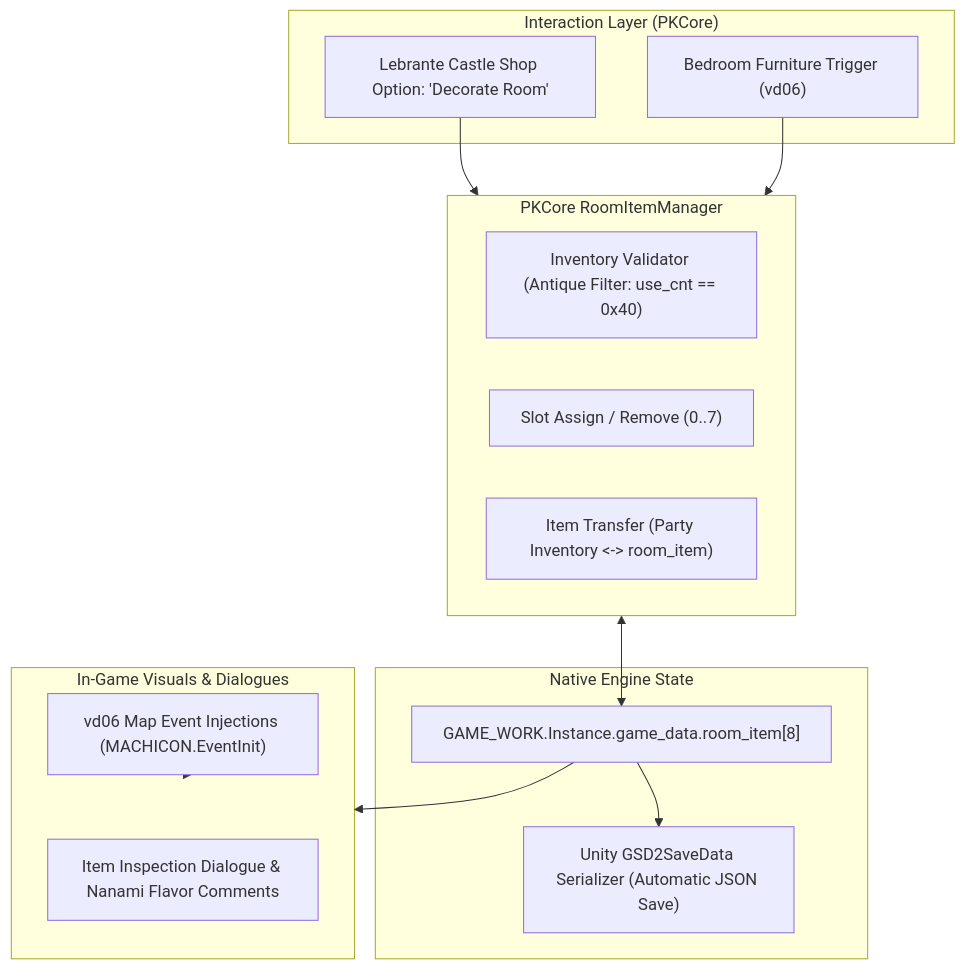
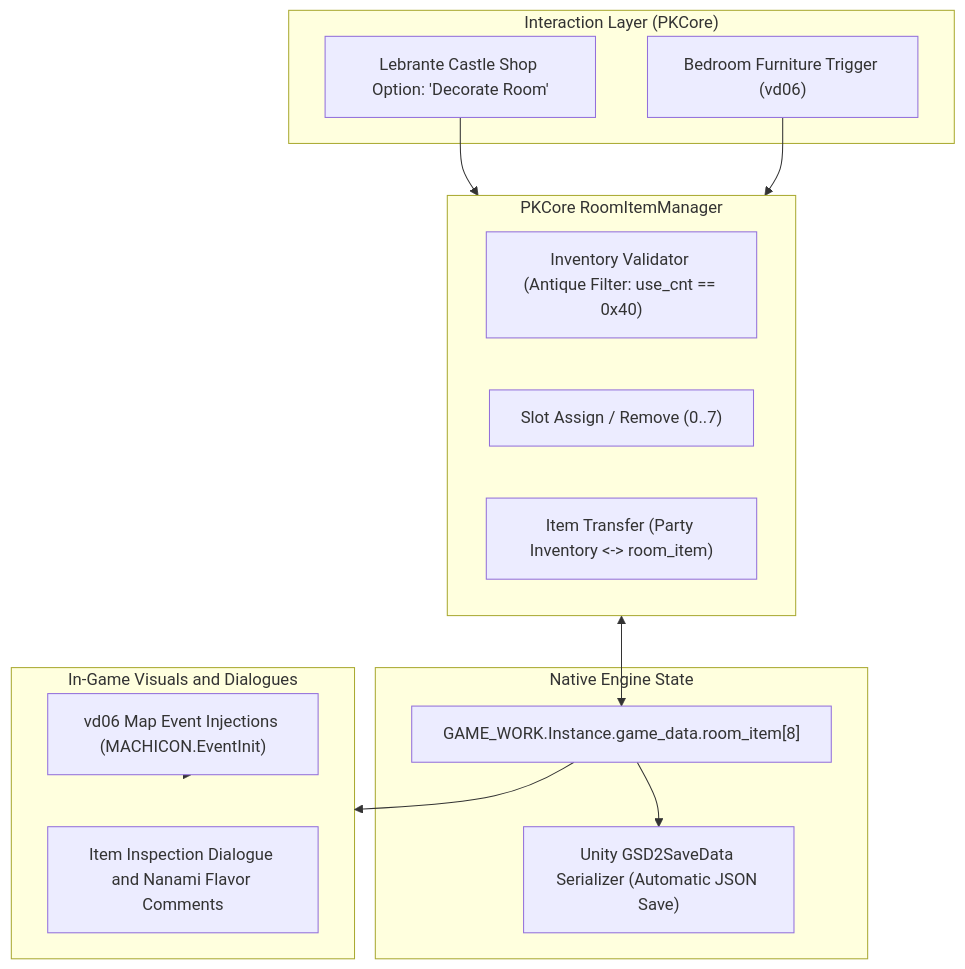
Before and after one commit to faospark/PKCore: the diagram in Documentation/suikoden_2_room_item_restoration_whitepaper.md, drawn with Mermaid. The commit also changed 7 other files, not shown here.

````diff
--- a/Documentation/suikoden_2_room_item_restoration_whitepaper.md
+++ b/Documentation/suikoden_2_room_item_restoration_whitepaper.md
@@ -114,30 +114,30 @@
 ```mermaid
 flowchart TD
     subgraph UI_Layer ["Interaction Layer (PKCore)"]
         UI1["Lebrante Castle Shop Option: 'Decorate Room'"]
         UI2["Bedroom Furniture Trigger (vd06)"]
     end
 
     subgraph Core_Logic ["PKCore RoomItemManager"]
         M1["Inventory Validator (Antique Filter: use_cnt == 0x40)"]
         M2["Slot Assign / Remove (0..7)"]
         M3["Item Transfer (Party Inventory <-> room_item)"]
     end
 
     subgraph Persistence ["Native Engine State"]
         GD["GAME_WORK.Instance.game_data.room_item[8]"]
         SV["Unity GSD2SaveData Serializer (Automatic JSON Save)"]
     end
 
-    subgraph Presentation ["In-Game Visuals & Dialogues"]
+    subgraph Presentation ["In-Game Visuals and Dialogues"]
         MAP["vd06 Map Event Injections (MACHICON.EventInit)"]
-        TXT["Item Inspection Dialogue & Nanami Flavor Comments"]
+        TXT["Item Inspection Dialogue and Nanami Flavor Comments"]
     end
 
     UI1 --> Core_Logic
     UI2 --> Core_Logic
     Core_Logic <--> GD
     GD --> SV
     GD --> Presentation
     MAP --> Presentation
 ```
````
